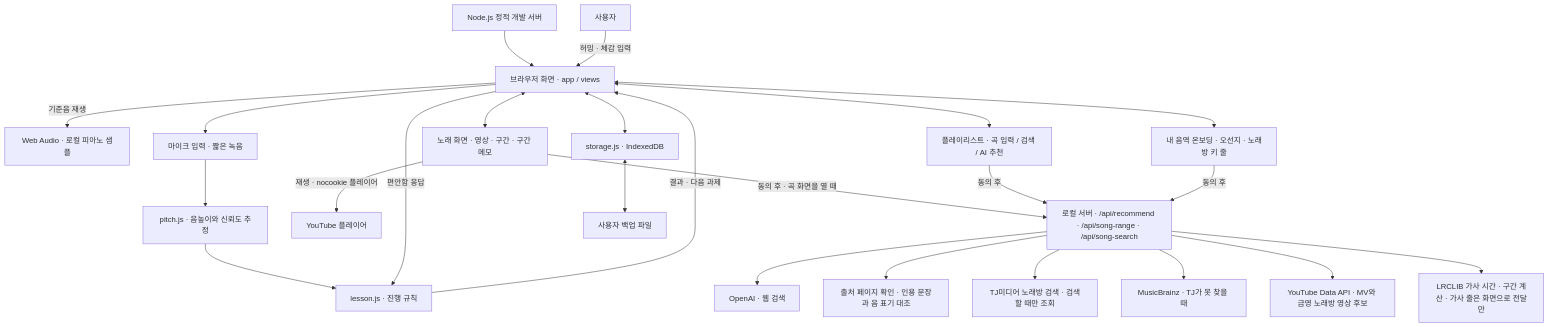
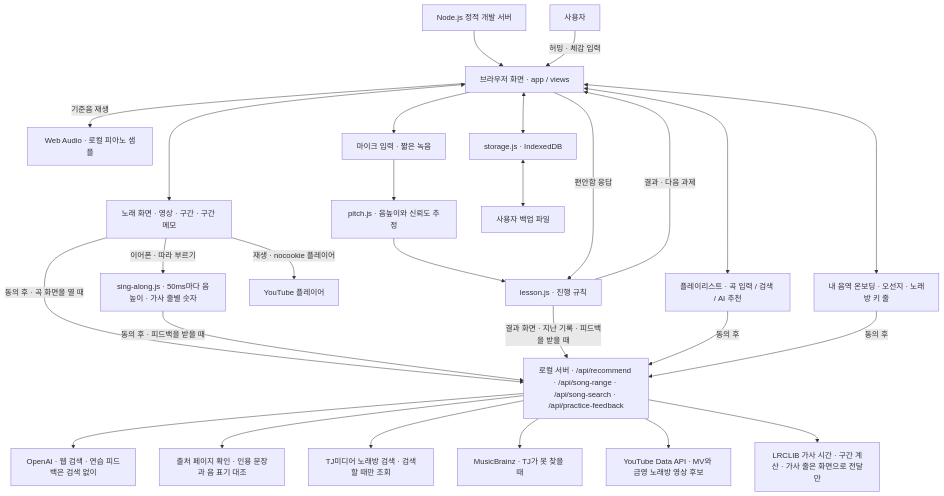
Before and after one commit to Yoonsung-kor/SING: the first of 2 diagrams in docs/architecture.md, drawn with Mermaid. The commit also changed other lines of this file and 1 other file, not shown here.

Commit message:
docs: practice feedback AI

````diff
--- a/docs/architecture.md
+++ b/docs/architecture.md
@@ -7,26 +7,29 @@
 ```mermaid
 flowchart TD
     Static[Node.js 정적 개발 서버] --> UI[브라우저 화면 · app / views]
     User[사용자] -->|허밍 · 체감 입력| UI
     UI -->|기준음 재생| Piano[Web Audio · 로컬 피아노 샘플]
     UI --> Capture[마이크 입력 · 짧은 녹음]
     Capture --> Pitch[pitch.js · 음높이와 신뢰도 추정]
     Pitch --> Lesson[lesson.js · 진행 규칙]
     UI -->|편안함 응답| Lesson
     Lesson -->|결과 · 다음 과제| UI
     UI <--> Songs[플레이리스트 · 곡 입력 / 검색 / AI 추천]
     UI <--> SongScreen[노래 화면 · 영상 · 구간 · 구간 메모]
     SongScreen -->|재생 · nocookie 플레이어| YTPlayer[YouTube 플레이어]
     SongScreen -->|동의 후 · 곡 화면을 열 때| Server
+    SongScreen -->|이어폰 · 따라 부르기| SingAlong[sing-along.js · 50ms마다 음높이 · 가사 줄별 숫자]
+    SingAlong -->|동의 후 · 피드백을 받을 때| Server
+    Lesson -->|결과 화면 · 지난 기록 · 피드백을 받을 때| Server
     UI <--> Voice[내 음역 온보딩 · 오선지 · 노래방 키 줄]
-    Songs -->|동의 후| Server[로컬 서버 · /api/recommend · /api/song-range · /api/song-search]
+    Songs -->|동의 후| Server[로컬 서버 · /api/recommend · /api/song-range · /api/song-search · /api/practice-feedback]
     Voice -->|동의 후| Server
-    Server --> OpenAI[OpenAI · 웹 검색]
+    Server --> OpenAI[OpenAI · 웹 검색 · 연습 피드백은 검색 없이]
     Server --> Check[출처 페이지 확인 · 인용 문장과 음 표기 대조]
     Server --> TJ[TJ미디어 노래방 검색 · 검색할 때만 조회]
     Server --> MB[MusicBrainz · TJ가 못 찾을 때]
     Server --> YT[YouTube Data API · MV와 금영 노래방 영상 후보]
     Server --> LRC[LRCLIB 가사 시간 · 구간 계산 · 가사 줄은 화면으로 전달만]
     UI <--> Store[storage.js · IndexedDB]
     Store <--> Backup[사용자 백업 파일]
 ```
````
